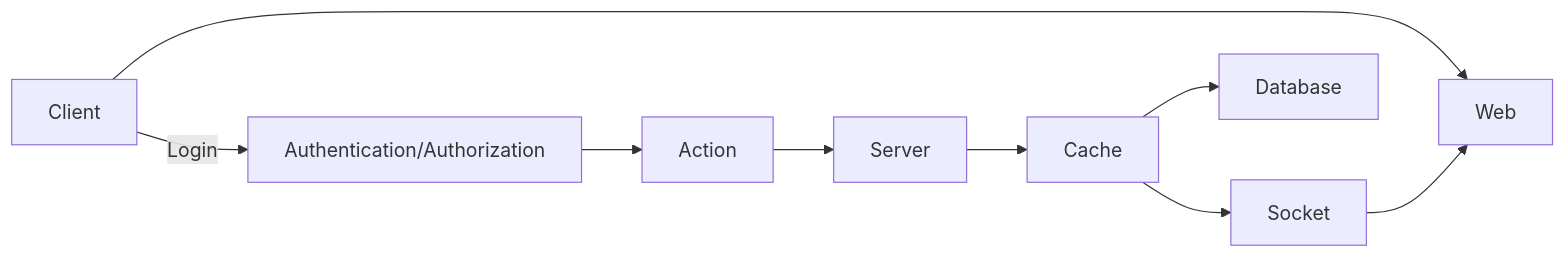
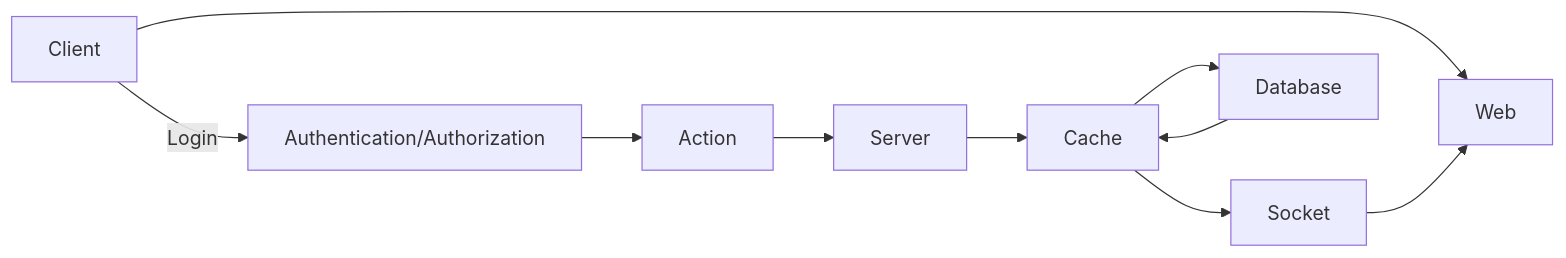
One commit to CodeOutLoud/99techteam-challenge changed the diagram in problem6/Readme.md. Above: the diagram before and after it, drawn with Mermaid. The commit also changed other lines of this file, not shown here.

````diff
--- a/problem6/Readme.md
+++ b/problem6/Readme.md
@@ -52,11 +70,12 @@
 ```mermaid
 graph LR
 Client[Client] -- Login --> Auth[Authentication/Authorization]
 Auth --> Action[Action]
 Action --> Server[Server]
 Server --> Cache[Cache]
 Client --> Web[Web]
 Socket --> Web
 Cache --> Socket[Socket]
 Cache --> Database[Database]
+Database --> Cache
 ```
````
